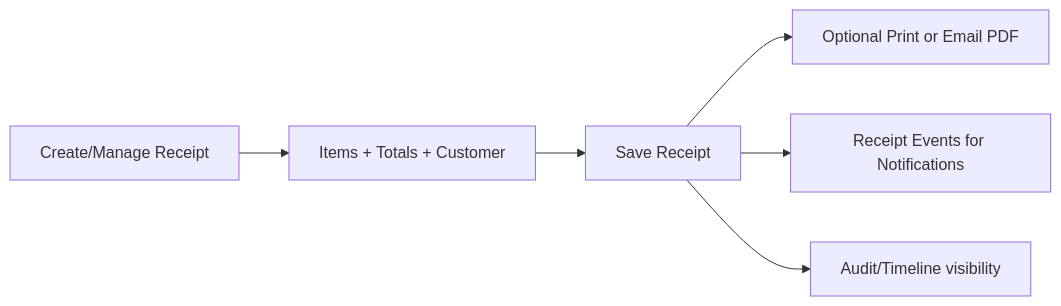
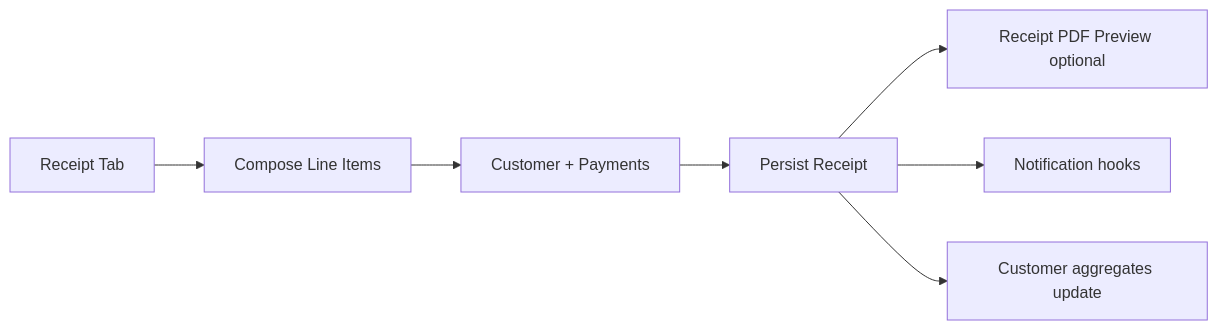
Before and after one commit to GozzAgu/storv-ui: the third of 3 diagrams in docs/STORVV_APP_FLOW.md, drawn with Mermaid. The commit also changed other lines of this file and 2 other files, not shown here.

````diff
--- a/docs/STORVV_APP_FLOW.md
+++ b/docs/STORVV_APP_FLOW.md
@@ -106,8 +297,9 @@
 ```mermaid
 flowchart LR
-    A[Create/Manage Receipt] --> B[Items + Totals + Customer]
-    B --> C[Save Receipt]
-    C --> D[Optional Print or Email PDF]
-    C --> E[Receipt Events for Notifications]
-    C --> F[Audit/Timeline visibility]
+    A[Receipt Tab] --> B[Compose Line Items]
+    B --> C[Customer + Payments]
+    C --> D[Persist Receipt]
+    D --> E[Receipt PDF Preview optional]
+    D --> F[Notification hooks]
+    D --> G[Customer aggregates update]
 ```
````
